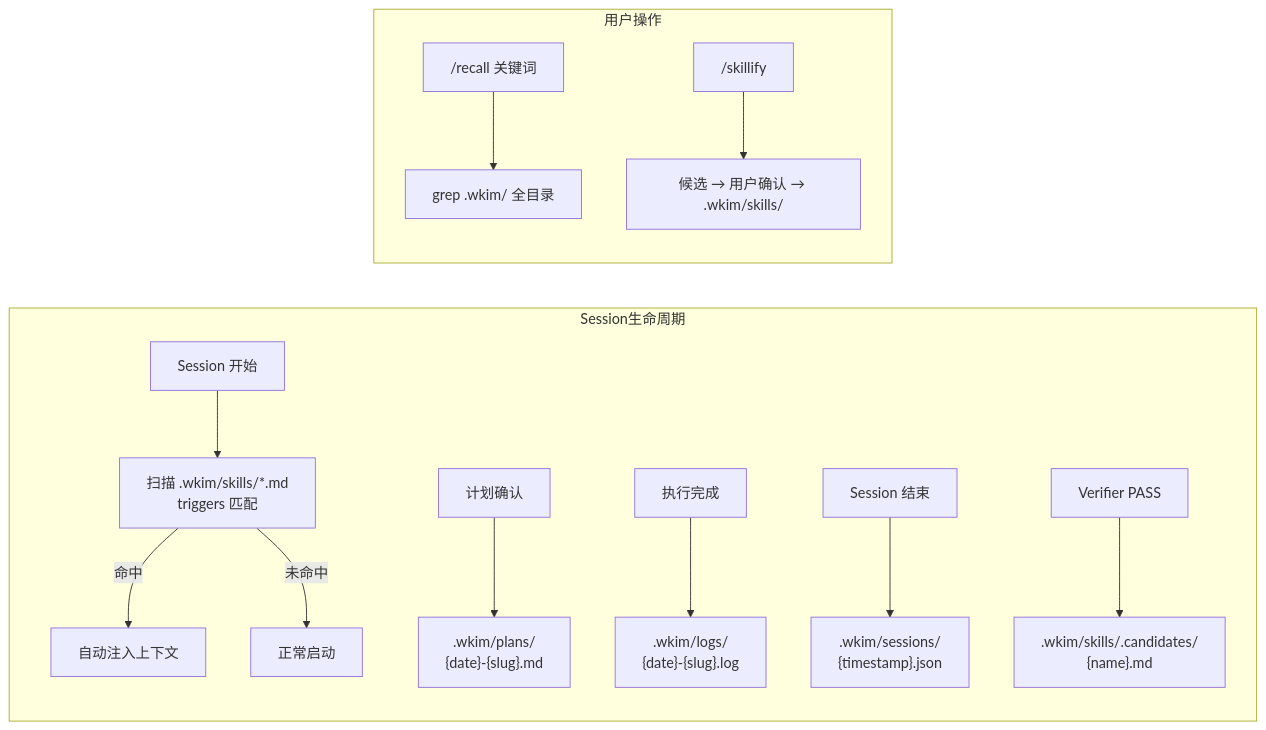
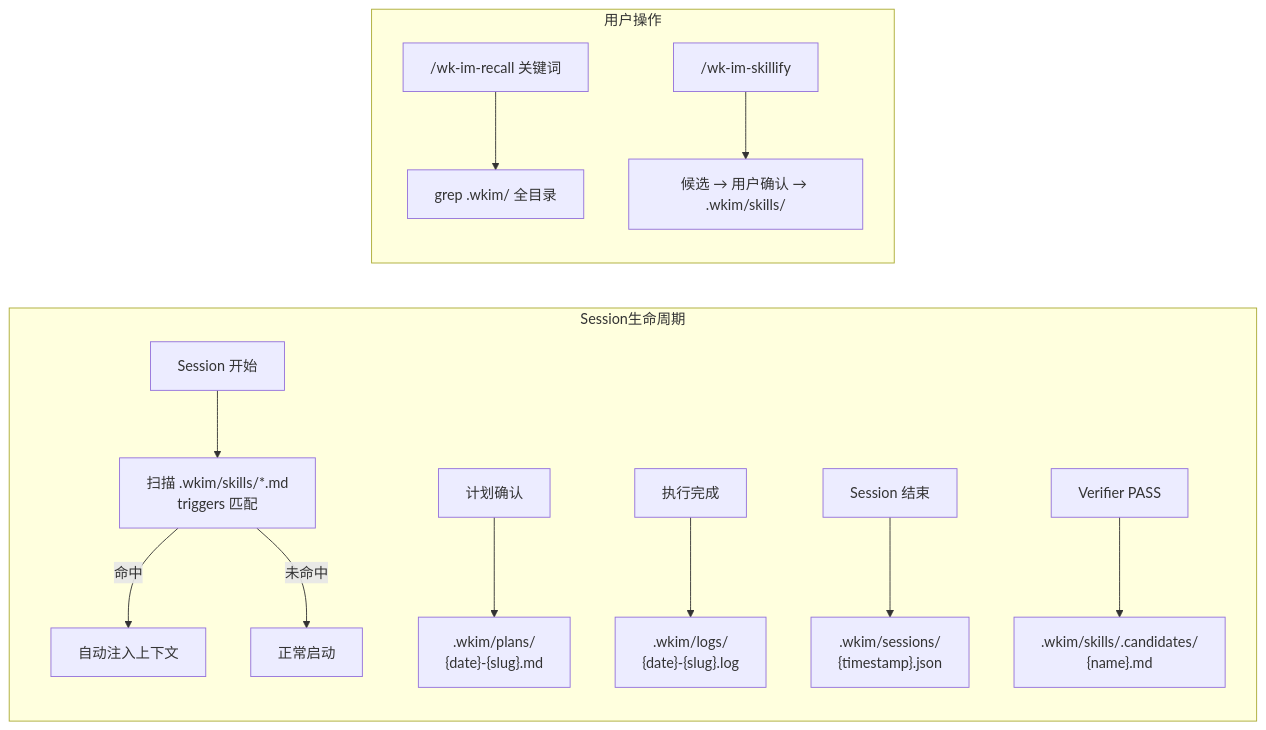
One commit to YuXilong-Labs/Agents changed the fourth of 4 diagrams in wk-im-developer/README.md. Above: the diagram before and after it, drawn with Mermaid. The commit also changed other lines of this file, not shown here.

````diff
--- a/wk-im-developer/README.md
+++ b/wk-im-developer/README.md
@@ -85,18 +85,18 @@
 ```mermaid
 graph LR
     subgraph Session生命周期
     A[Session 开始] --> B["扫描 .wkim/skills/*.md<br/>triggers 匹配"]
     B -->|命中| C[自动注入上下文]
     B -->|未命中| D[正常启动]
 
     E[计划确认] --> F[".wkim/plans/<br/>{date}-{slug}.md"]
     G[执行完成] --> H[".wkim/logs/<br/>{date}-{slug}.log"]
     I[Session 结束] --> J[".wkim/sessions/<br/>{timestamp}.json"]
     K[Verifier PASS] --> L[".wkim/skills/.candidates/<br/>{name}.md"]
     end
 
     subgraph 用户操作
-    M["/recall 关键词"] --> N["grep .wkim/ 全目录"]
-    O["/skillify"] --> P["候选 → 用户确认 → .wkim/skills/"]
+    M["/wk-im-recall 关键词"] --> N["grep .wkim/ 全目录"]
+    O["/wk-im-skillify"] --> P["候选 → 用户确认 → .wkim/skills/"]
     end
 ```
````
